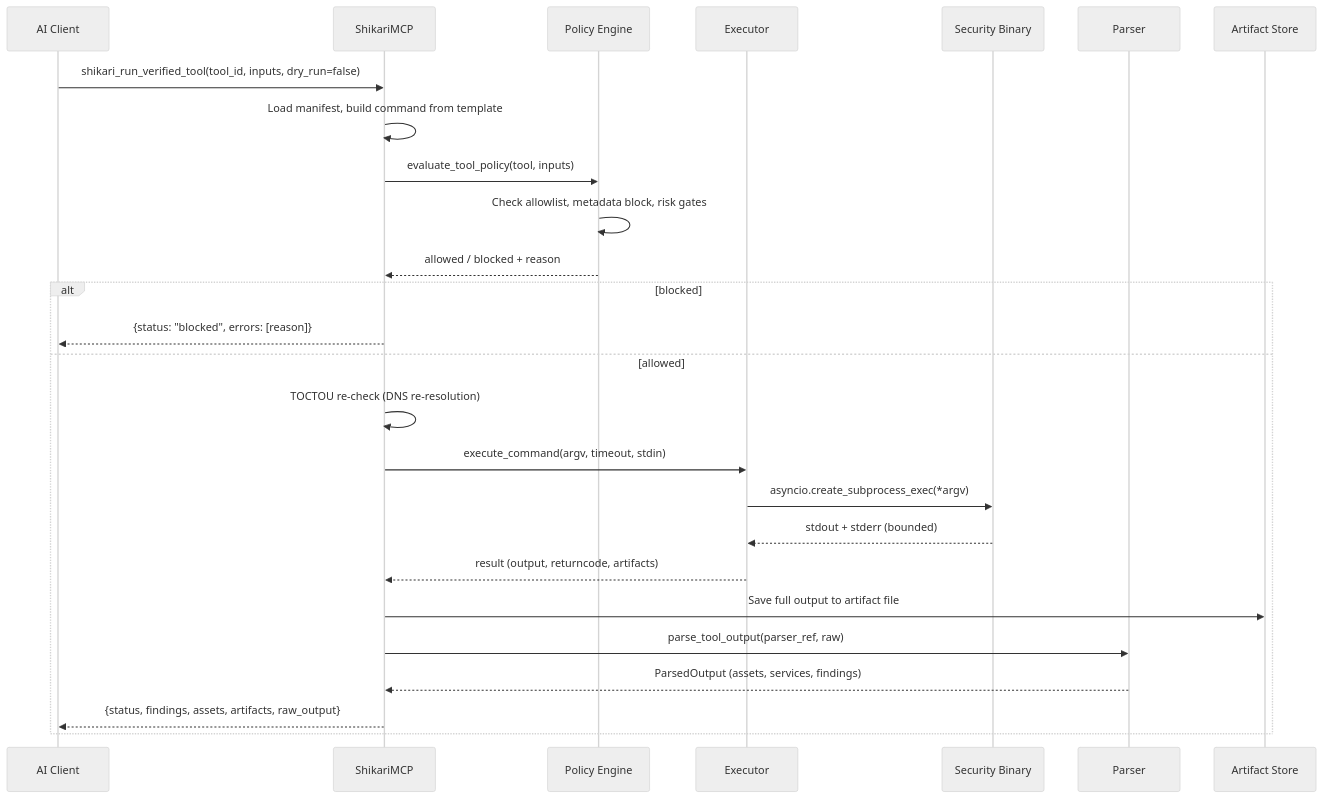
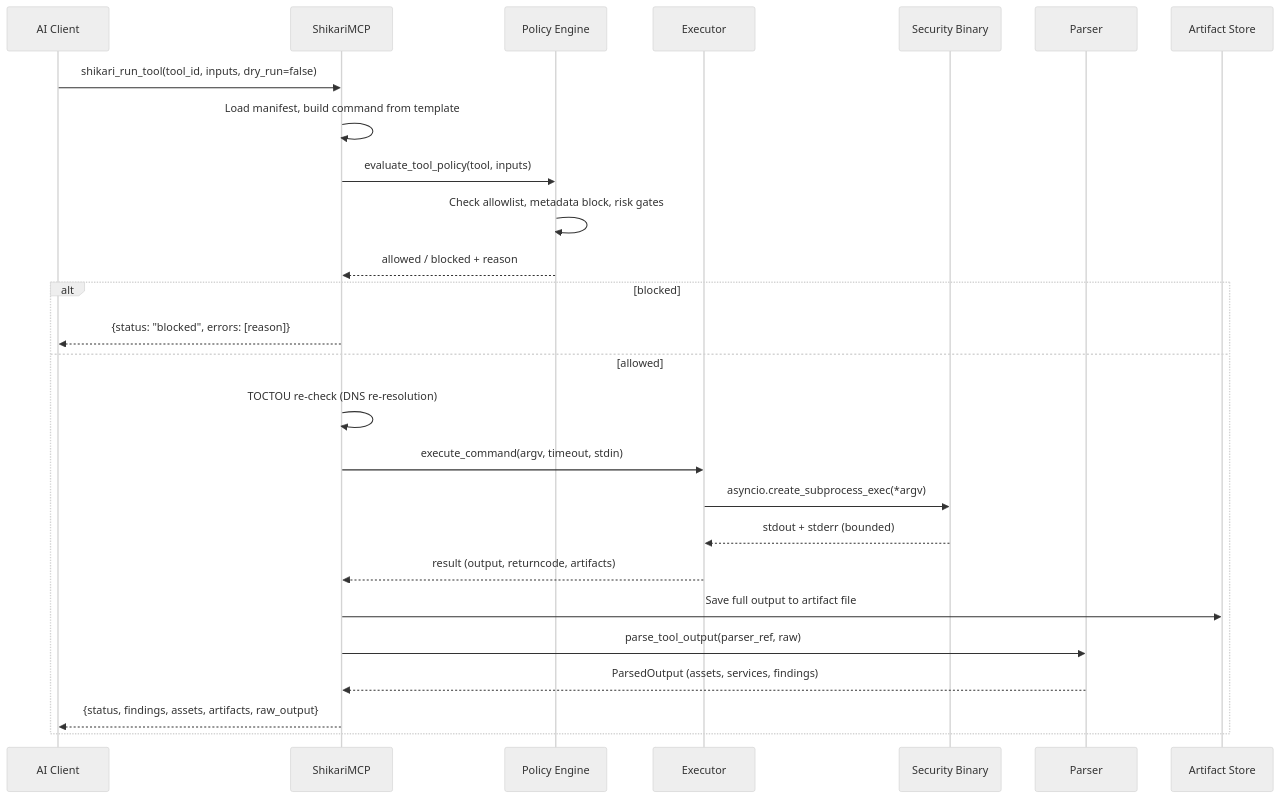
One commit to Zaeem20/ShikariMCP changed the first of 6 diagrams in docs/ARCHITECTURE.md. Above: the diagram before and after it, drawn with Mermaid (neutral theme). The commit also changed other lines of this file and 5 other files, not shown here.

````diff
--- a/docs/ARCHITECTURE.md
+++ b/docs/ARCHITECTURE.md
@@ -158,31 +158,31 @@
 ```mermaid
 sequenceDiagram
     participant AI as AI Client
     participant SRV as ShikariMCP
     participant POL as Policy Engine
     participant EX as Executor
     participant BIN as Security Binary
     participant PA as Parser
     participant AR as Artifact Store
 
-    AI->>SRV: shikari_run_verified_tool(tool_id, inputs, dry_run=false)
+    AI->>SRV: shikari_run_tool(tool_id, inputs, dry_run=false)
     SRV->>SRV: Load manifest, build command from template
     SRV->>POL: evaluate_tool_policy(tool, inputs)
     POL->>POL: Check allowlist, metadata block, risk gates
     POL-->>SRV: allowed / blocked + reason
 
     alt blocked
         SRV-->>AI: {status: "blocked", errors: [reason]}
     else allowed
         SRV->>SRV: TOCTOU re-check (DNS re-resolution)
         SRV->>EX: execute_command(argv, timeout, stdin)
         EX->>BIN: asyncio.create_subprocess_exec(*argv)
         BIN-->>EX: stdout + stderr (bounded)
         EX-->>SRV: result (output, returncode, artifacts)
 
         SRV->>AR: Save full output to artifact file
         SRV->>PA: parse_tool_output(parser_ref, raw)
         PA-->>SRV: ParsedOutput (assets, services, findings)
         SRV-->>AI: {status, findings, assets, artifacts, raw_output}
     end
 ```
````
